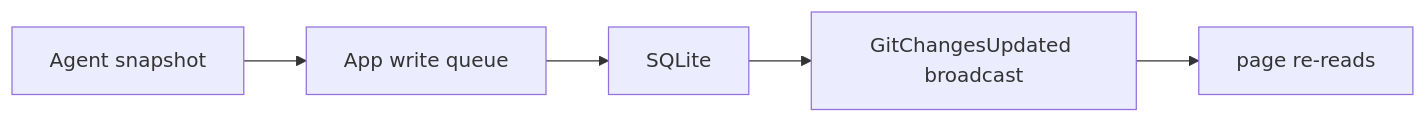
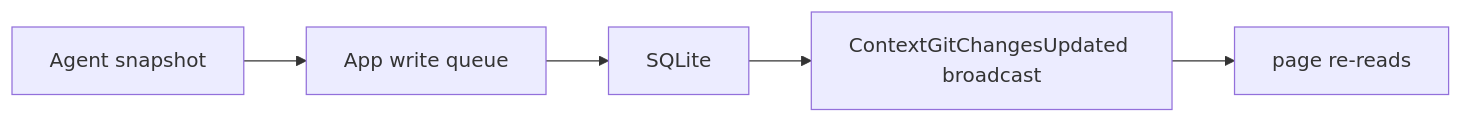
One commit to Jandini/GrayMoon changed the sixth of 6 diagrams in docs/architecture/04-runtime-communication-and-concurrency.md. Above: the diagram before and after it, drawn with Mermaid. The commit also changed other lines of this file and 18 other files, not shown here.

````diff
--- a/docs/architecture/04-runtime-communication-and-concurrency.md
+++ b/docs/architecture/04-runtime-communication-and-concurrency.md
@@ -242,7 +266,7 @@
 ```mermaid
 flowchart LR
   A["Agent snapshot"] --> B["App write queue"]
   B --> C["SQLite"]
-  C --> D["GitChangesUpdated broadcast"]
+  C --> D["ContextGitChangesUpdated broadcast"]
   D --> E["page re-reads"]
 ```
````
